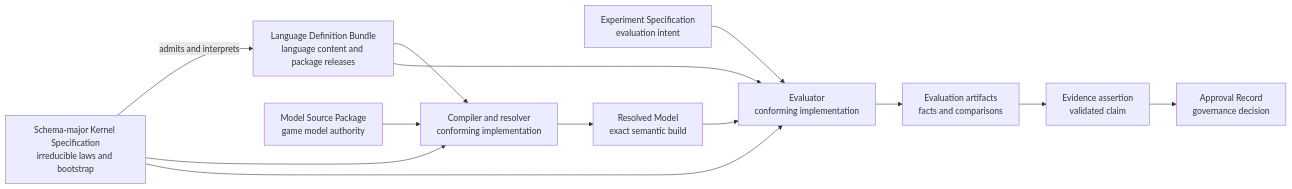
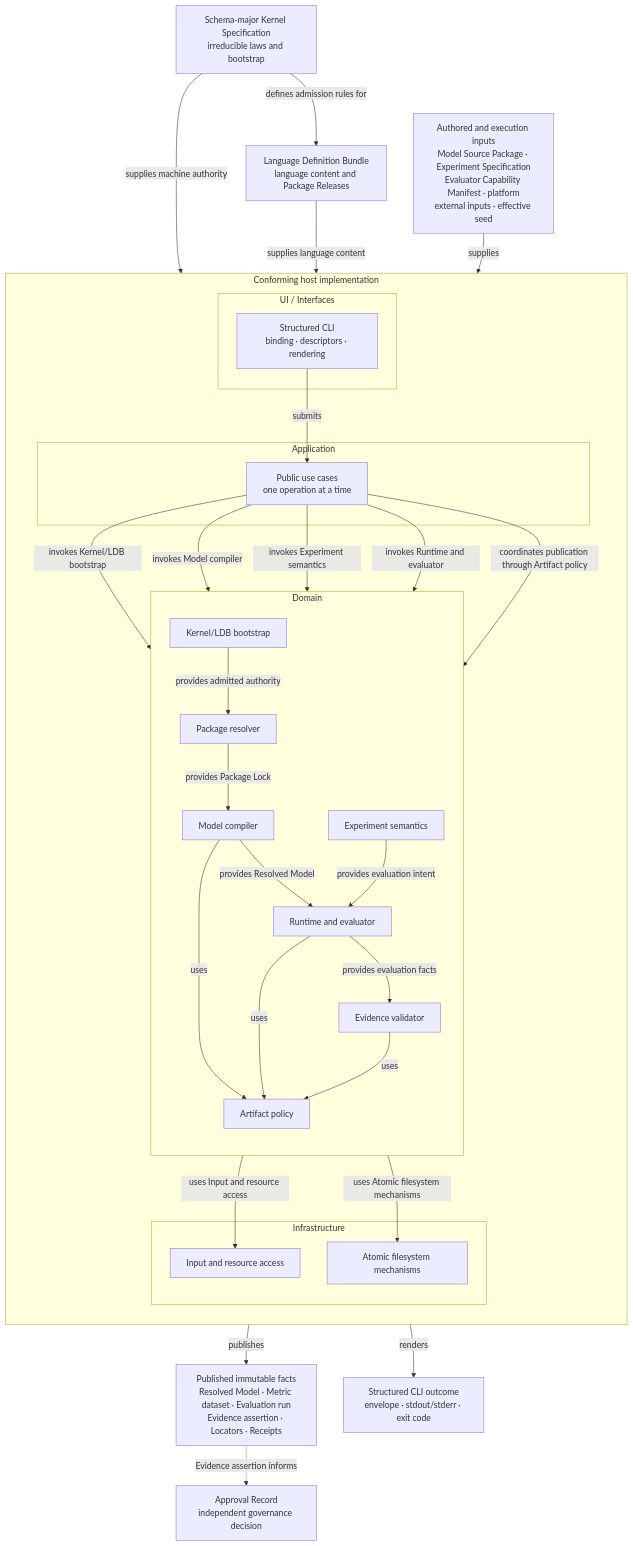
Before and after one commit to aigengame/godot-agent: the first of 3 diagrams in libs/gda-balancing/docs/ARCHITECTURE.md, drawn with Mermaid. The commit also changed other lines of this file and 178 other files, not shown here.

````diff
--- a/libs/gda-balancing/docs/ARCHITECTURE.md
+++ b/libs/gda-balancing/docs/ARCHITECTURE.md
@@ -129,26 +151,61 @@
 ```mermaid
-flowchart LR
+flowchart TB
     K["Schema-major Kernel Specification<br/>irreducible laws and bootstrap"]
-    L["Language Definition Bundle<br/>language content and package releases"]
-    M["Model Source Package<br/>game model authority"]
-    X["Experiment Specification<br/>evaluation intent"]
-    C["Compiler and resolver<br/>conforming implementation"]
-    R["Resolved Model<br/>exact semantic build"]
-    E["Evaluator<br/>conforming implementation"]
-    O["Evaluation artifacts<br/>facts and comparisons"]
-    V["Evidence assertion<br/>validated claim"]
-    A["Approval Record<br/>governance decision"]
+    L["Language Definition Bundle<br/>language content and Package Releases"]
+    H["Authored and execution inputs<br/>Model Source Package · Experiment Specification<br/>Evaluator Capability Manifest · platform<br/>external inputs · effective seed"]
 
-    K -->|"admits and interprets"| L
-    K --> C
-    L --> C
-    M --> C
-    C --> R
-    R --> E
-    X --> E
-    K --> E
-    L --> E
-    E --> O
-    O --> V
-    V --> A
+    K -->|"defines admission rules for"| L
+
+    subgraph HOST["Conforming host implementation"]
+        direction TB
+        subgraph UI["UI / Interfaces"]
+            U["Structured CLI<br/>binding · descriptors · rendering"]
+        end
+        subgraph APP["Application"]
+            A["Public use cases<br/>one operation at a time"]
+        end
+        subgraph DOM["Domain"]
+            direction TB
+            B["Kernel/LDB bootstrap"]
+            P["Package resolver"]
+            C["Model compiler"]
+            X["Experiment semantics"]
+            R["Runtime and evaluator"]
+            V["Evidence validator"]
+            Q["Artifact policy"]
+
+            B -->|"provides admitted authority"| P
+            P -->|"provides Package Lock"| C
+            C -->|"provides Resolved Model"| R
+            X -->|"provides evaluation intent"| R
+            R -->|"provides evaluation facts"| V
+            C -->|uses| Q
+            R -->|uses| Q
+            V -->|uses| Q
+        end
+        subgraph INF["Infrastructure"]
+            I["Input and resource access"]
+            F["Atomic filesystem mechanisms"]
+        end
+
+        U -->|submits| A
+        A -->|"invokes Kernel/LDB bootstrap"| B
+        A -->|"invokes Model compiler"| C
+        A -->|"invokes Experiment semantics"| X
+        A -->|"invokes Runtime and evaluator"| R
+        A -->|"coordinates publication through Artifact policy"| Q
+        B -->|"uses Input and resource access"| I
+        Q -->|"uses Atomic filesystem mechanisms"| F
+    end
+
+    O["Published immutable facts<br/>Resolved Model · Metric dataset · Evaluation run<br/>Evidence assertion · Locators · Receipts"]
+    S["Structured CLI outcome<br/>envelope · stdout/stderr · exit code"]
+    G["Approval Record<br/>independent governance decision"]
+
+    K -->|"supplies machine authority"| B
+    L -->|"supplies language content"| B
+    H -->|supplies| U
+    Q -->|publishes| O
+    U -->|renders| S
+    O -. "Evidence assertion informs" .-> G
 ```
````
